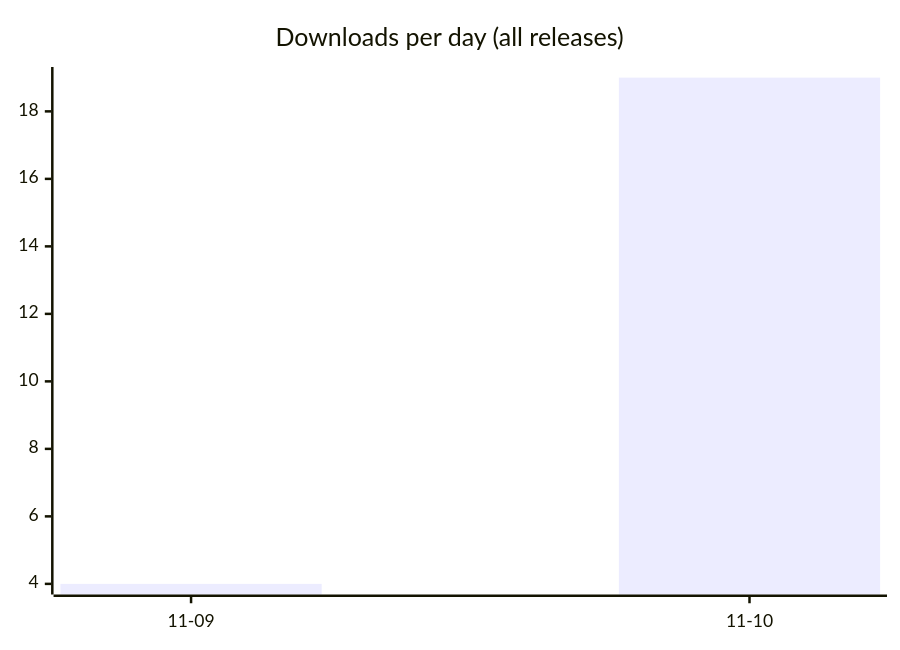
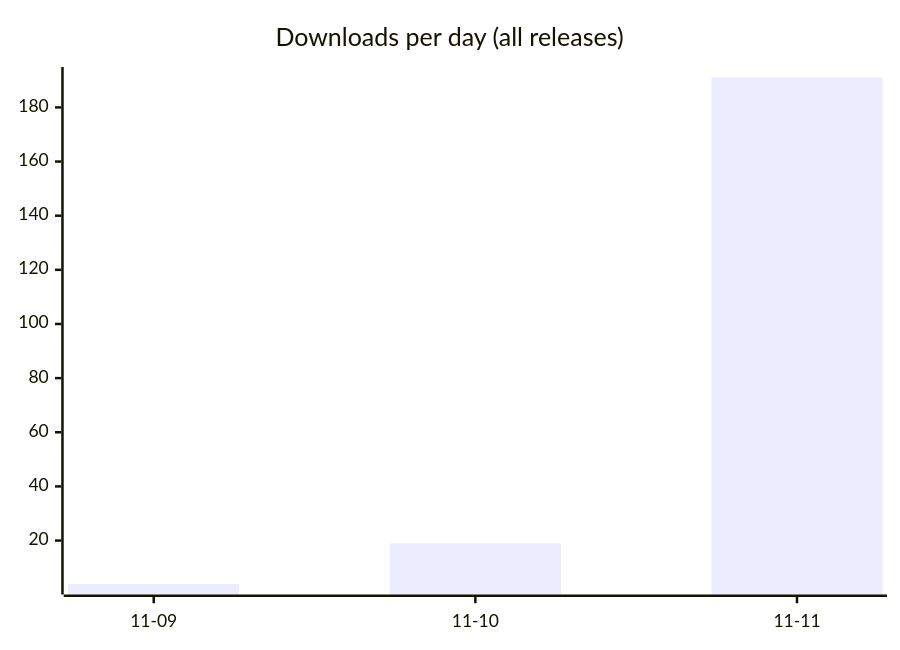
The first of 2 diagrams in README.md (fmadore/Live-translation), drawn with Mermaid before and after one commit. The commit also changed other lines of this file and 3 other files, not shown here.

````diff
--- a/README.md
+++ b/README.md
@@ -52,6 +53,6 @@
 ```mermaid
 xychart-beta
     title "Downloads per day (all releases)"
-    x-axis ["11-09", "11-10"]
-    bar [4, 19]
+    x-axis ["11-09", "11-10", "11-11"]
+    bar [4, 19, 191]
 ```
````
